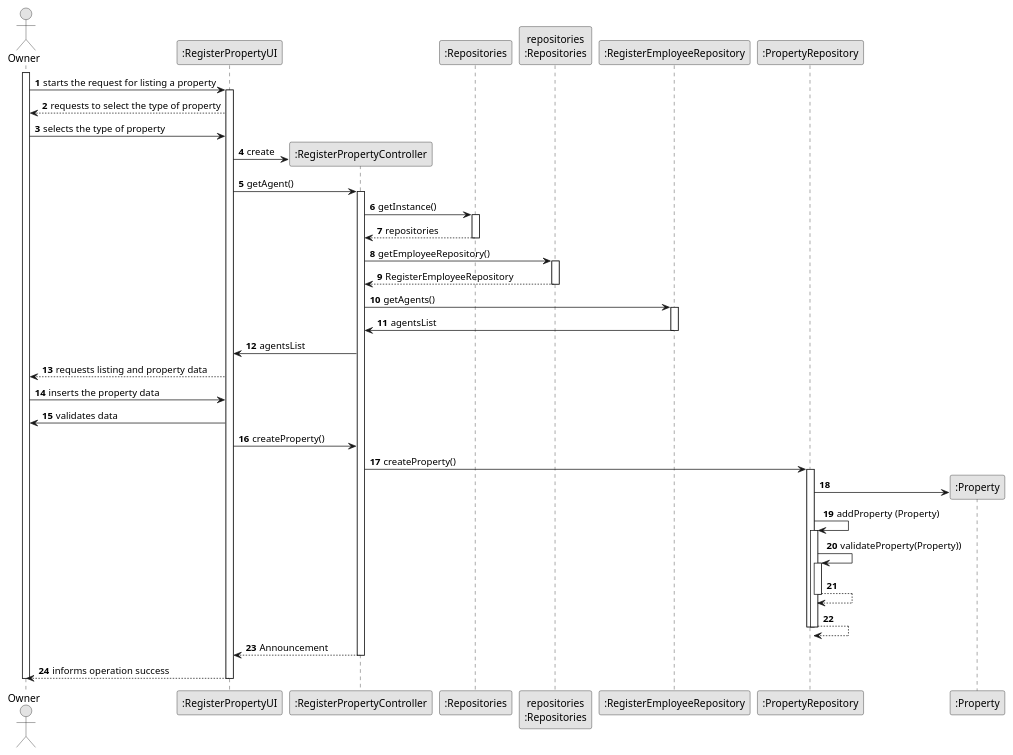
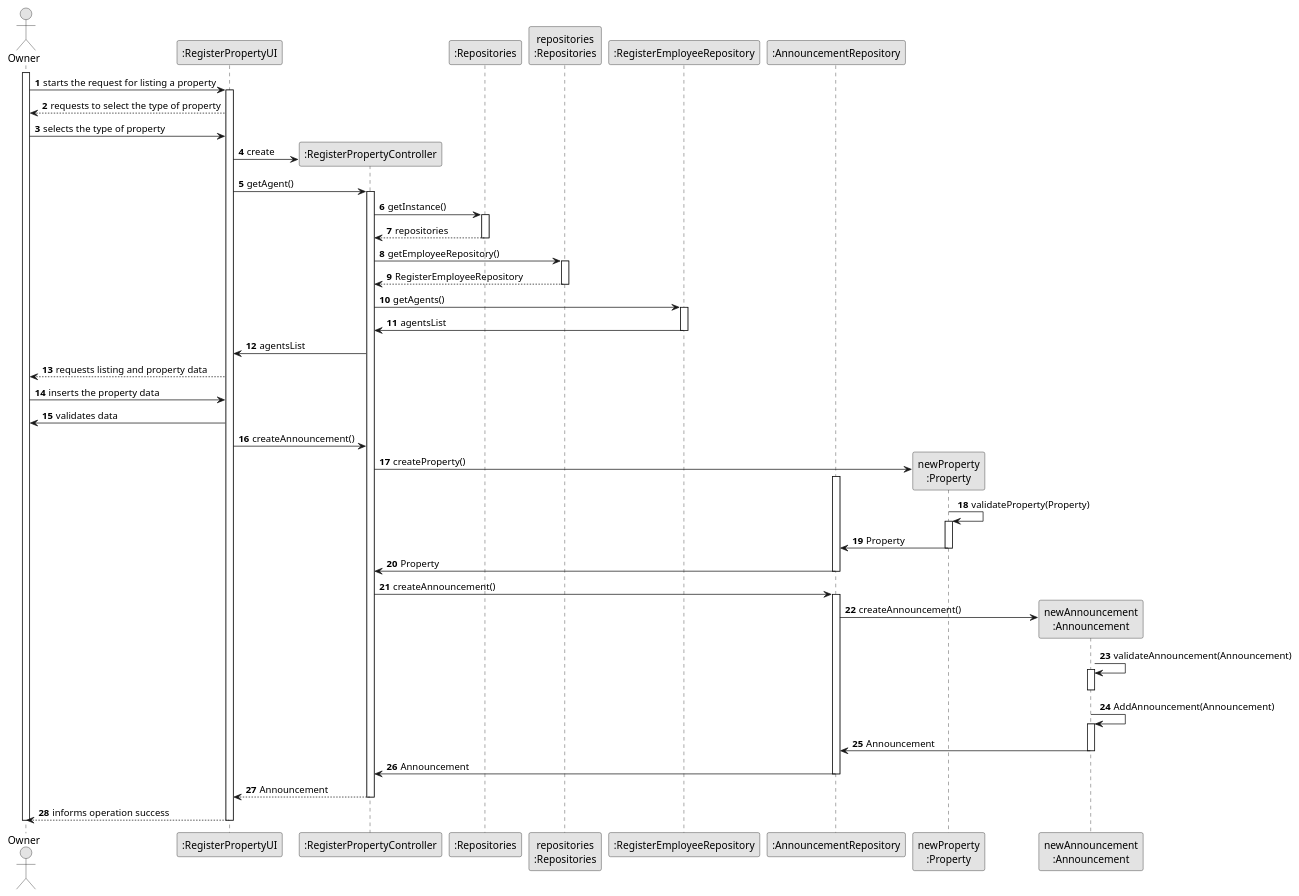
Before and after one commit to tiagohcorreia/LAPR2: the diagram in docs/sprintB/US004/03.design/puml/US004-SD.puml, drawn with PlantUML. The commit also changed 1 other file, not shown here.

```diff
--- a/docs/sprintB/US004/03.design/puml/US004-SD.puml
+++ b/docs/sprintB/US004/03.design/puml/US004-SD.puml
@@ -1,81 +1,89 @@
 @startuml
 skinparam monochrome true
 skinparam packageStyle rectangle
 skinparam shadowing false
 
 autonumber
 
 'hide footbox
 actor Owner as owner
 participant ":RegisterPropertyUI" as ui
 participant ":RegisterPropertyController" as ctrl
 participant ":Repositories" as RepositorySingleton
 participant "repositories\n:Repositories" as rep
 participant ":RegisterEmployeeRepository" as repEmp
-participant ":PropertyRepository" as repProp
-participant ":Property" as property
+participant ":AnnouncementRepository" as repAnounc
+participant "newProperty\n:Property" as property
+participant "newAnnouncement\n:Announcement" as announcement
 
 activate owner
 
         owner -> ui : starts the request for listing a property
 
         activate ui
 
         ui--> owner : requests to select the type of property
 
         owner -> ui: selects the type of property
 
         ui -> ctrl** : create
 
         ui-> ctrl: getAgent()
 
         activate ctrl
 
         ctrl -> RepositorySingleton: getInstance()
         activate RepositorySingleton
         RepositorySingleton --> ctrl: repositories
         deactivate RepositorySingleton
 
         ctrl -> rep: getEmployeeRepository()
         activate rep
         rep--> ctrl: RegisterEmployeeRepository
         deactivate rep
 
         ctrl ->repEmp: getAgents()
         activate repEmp
         repEmp -> ctrl: agentsList
         deactivate repEmp
 
         ctrl-> ui: agentsList
 
         ui --> owner : requests listing and property data
 
         owner -> ui : inserts the property data
 
         ui-> owner: validates data
 
-        ui -> ctrl: createProperty()
-        ctrl -> repProp: createProperty()
-        activate repProp
-
-        repProp -> property **:
-        repProp -> repProp: addProperty (Property)
-        activate repProp
-            repProp -> repProp: validateProperty(Property))
-            activate repProp
-                repProp --> repProp
-            deactivate repProp
-            repProp --> repProp
-        deactivate repProp
-
-        deactivate repProp
+        ui -> ctrl: createAnnouncement()
+        ctrl -> property**: createProperty()
+        activate repAnounc
+        property -> property: validateProperty(Property)
+        activate property
+        property -> repAnounc: Property
+        deactivate property
+        repAnounc-> ctrl: Property
+        deactivate repAnounc
+        deactivate repAnounc
+        ctrl -> repAnounc: createAnnouncement()
+        activate repAnounc
+        repAnounc-> announcement**: createAnnouncement()
+        announcement -> announcement: validateAnnouncement(Announcement)
+        activate announcement
+        deactivate announcement
+        announcement -> announcement:AddAnnouncement(Announcement)
+        activate announcement
+        announcement->repAnounc: Announcement
+        deactivate announcement
+        repAnounc ->ctrl: Announcement
+        deactivate repAnounc
 
             ctrl --> ui: Announcement
         deactivate ctrl
             ui --> owner: informs operation success
         deactivate ui
 
 deactivate owner
 
 
           @enduml
```
